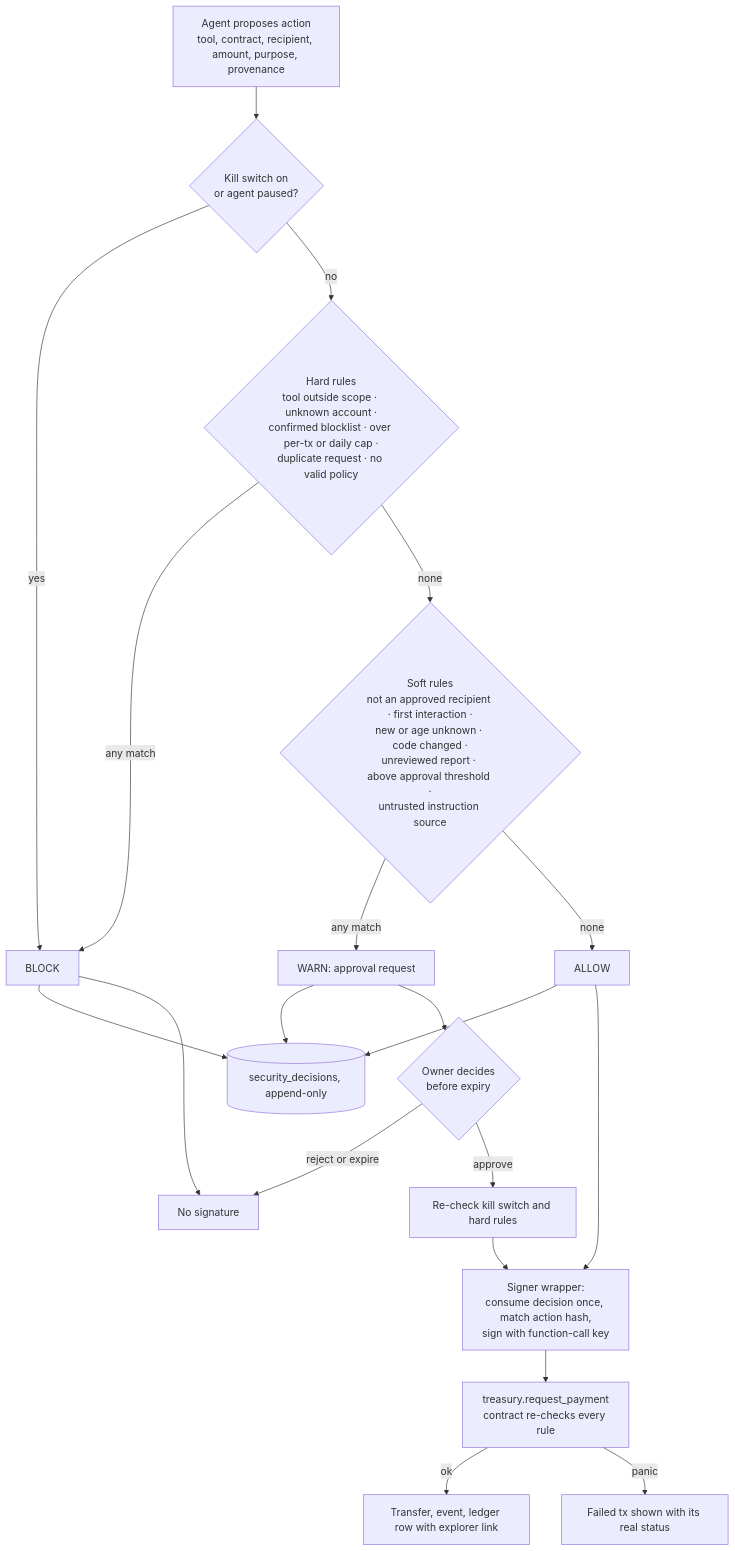
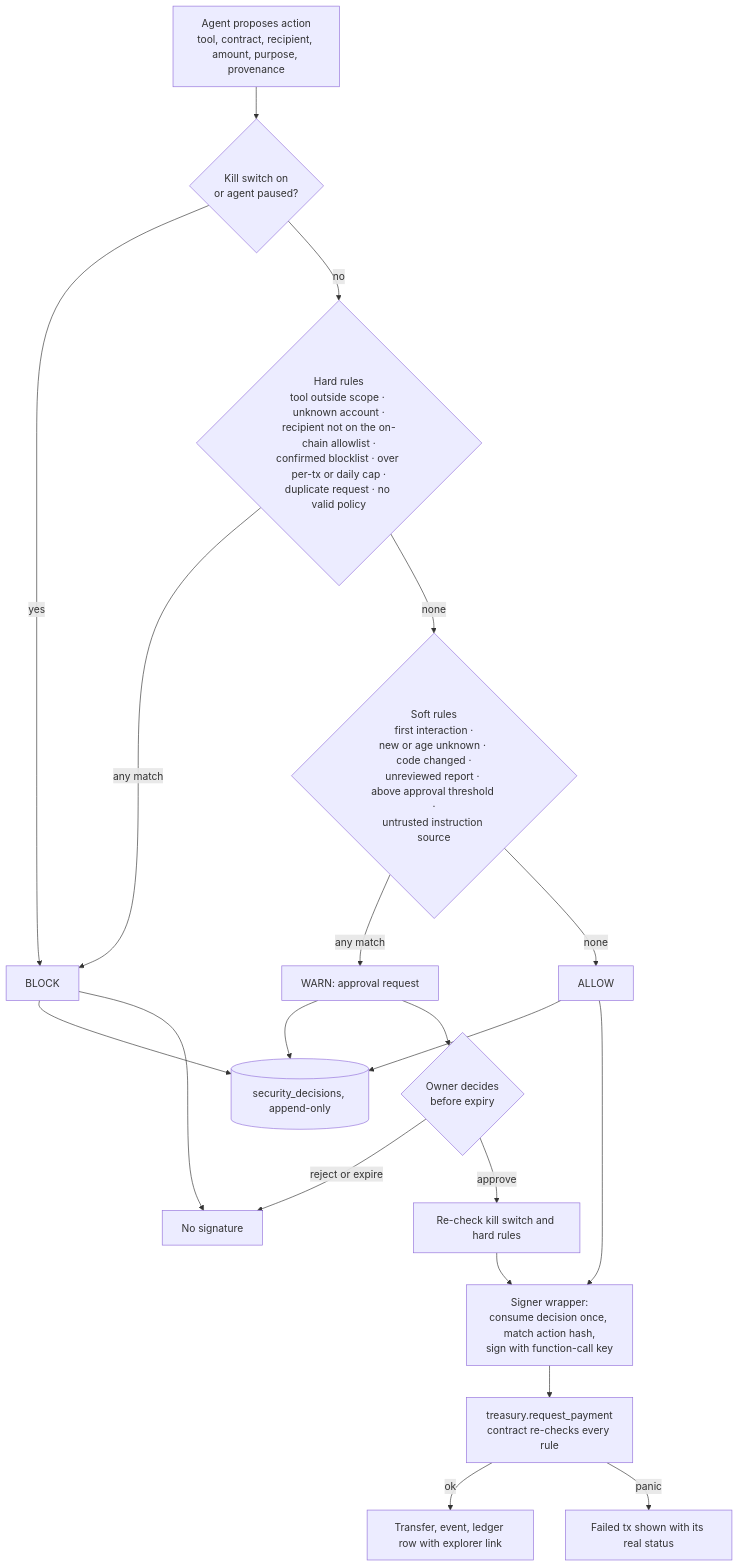
Before and after one commit to theboyzikky/EmployAI: the fourth of 5 diagrams in docs/architecture/02-system-architecture.md, drawn with Mermaid. The commit also changed other lines of this file and 74 other files, not shown here.

````diff
--- a/docs/architecture/02-system-architecture.md
+++ b/docs/architecture/02-system-architecture.md
@@ -245,22 +245,22 @@
 ```mermaid
 flowchart TD
   A[Agent proposes action<br/>tool, contract, recipient, amount, purpose, provenance] --> K{Kill switch on<br/>or agent paused?}
   K -->|"yes"| BLK[BLOCK]
-  K -->|"no"| H{Hard rules<br/>tool outside scope · unknown account ·<br/>confirmed blocklist · over per-tx or daily cap ·<br/>duplicate request · no valid policy}
+  K -->|"no"| H{Hard rules<br/>tool outside scope · unknown account ·<br/>recipient not on the on-chain allowlist ·<br/>confirmed blocklist · over per-tx or daily cap ·<br/>duplicate request · no valid policy}
   H -->|"any match"| BLK
-  H -->|"none"| S{Soft rules<br/>not an approved recipient · first interaction ·<br/>new or age unknown · code changed ·<br/>unreviewed report · above approval threshold ·<br/>untrusted instruction source}
+  H -->|"none"| S{Soft rules<br/>first interaction ·<br/>new or age unknown · code changed ·<br/>unreviewed report · above approval threshold ·<br/>untrusted instruction source}
   S -->|"any match"| WARN[WARN: approval request]
   S -->|"none"| ALLOW[ALLOW]
   BLK --> LOG[(security_decisions, append-only)]
   WARN --> LOG
   ALLOW --> LOG
   WARN --> OWN{Owner decides<br/>before expiry}
   OWN -->|"reject or expire"| NOSIGN[No signature]
   OWN -->|"approve"| RE[Re-check kill switch and hard rules]
   RE --> SIGN
   ALLOW --> SIGN[Signer wrapper:<br/>consume decision once, match action hash,<br/>sign with function-call key]
   SIGN --> TR[treasury.request_payment<br/>contract re-checks every rule]
   TR -->|"ok"| PAID[Transfer, event, ledger row with explorer link]
   TR -->|"panic"| FAIL[Failed tx shown with its real status]
   BLK --> NOSIGN
 ```
````
